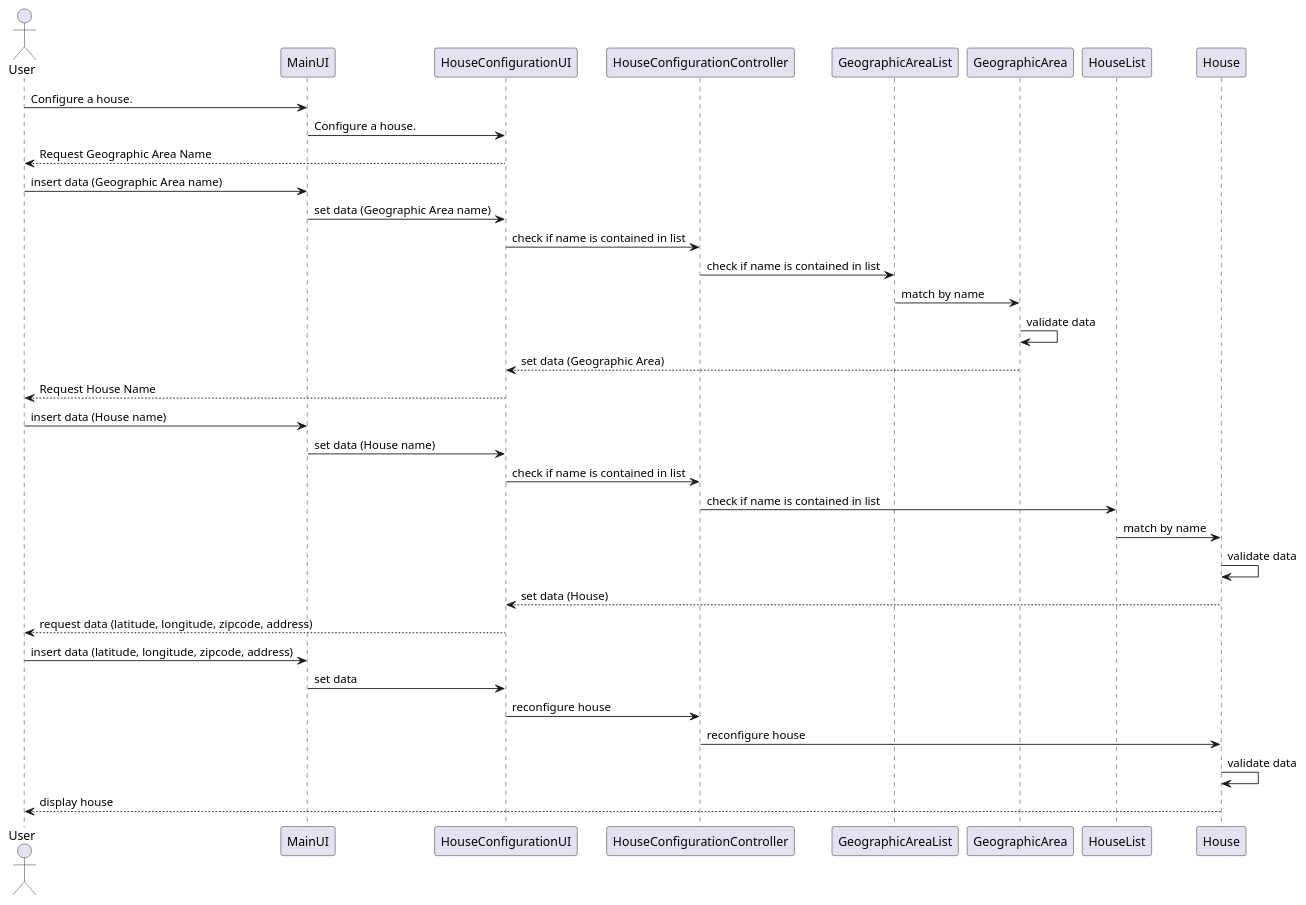
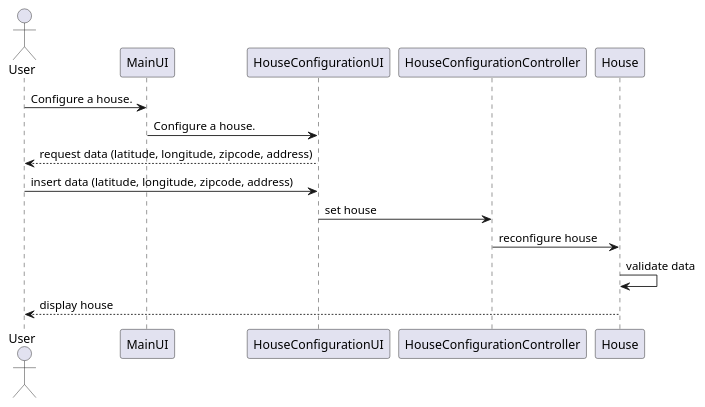
The diagram in uml/US101.puml (Almadanmp/project), drawn with PlantUML before and after one commit.

Commit message:
#51 US101 UML correction

```diff
--- a/uml/US101.puml
+++ b/uml/US101.puml
@@ -1,30 +1,14 @@
 @startuml
 actor User
 User -> MainUI: Configure a house.
 MainUI -> HouseConfigurationUI: Configure a house.
-HouseConfigurationUI --> User: Request Geographic Area Name
-User -> MainUI: insert data (Geographic Area name)
-MainUI -> HouseConfigurationUI: set data (Geographic Area name)
-HouseConfigurationUI ->HouseConfigurationController: check if name is contained in list
-HouseConfigurationController -> GeographicAreaList: check if name is contained in list
-GeographicAreaList -> GeographicArea: match by name
-GeographicArea -> GeographicArea: validate data
-GeographicArea --> HouseConfigurationUI: set data (Geographic Area)
-HouseConfigurationUI --> User: Request House Name
-User -> MainUI: insert data (House name)
-MainUI -> HouseConfigurationUI: set data (House name)
-HouseConfigurationUI -> HouseConfigurationController: check if name is contained in list
-HouseConfigurationController -> HouseList: check if name is contained in list
-HouseList -> House: match by name
-House -> House: validate data
-House --> HouseConfigurationUI: set data (House)
+
 HouseConfigurationUI --> User: request data (latitude, longitude, zipcode, address)
-User -> MainUI: insert data (latitude, longitude, zipcode, address)
-MainUI -> HouseConfigurationUI: set data
-HouseConfigurationUI -> HouseConfigurationController: reconfigure house
+User -> HouseConfigurationUI: insert data (latitude, longitude, zipcode, address)
+HouseConfigurationUI -> HouseConfigurationController: set house
 HouseConfigurationController -> House: reconfigure house
 House -> House: validate data
 House --> User: display house
 
 
 @enduml
```
